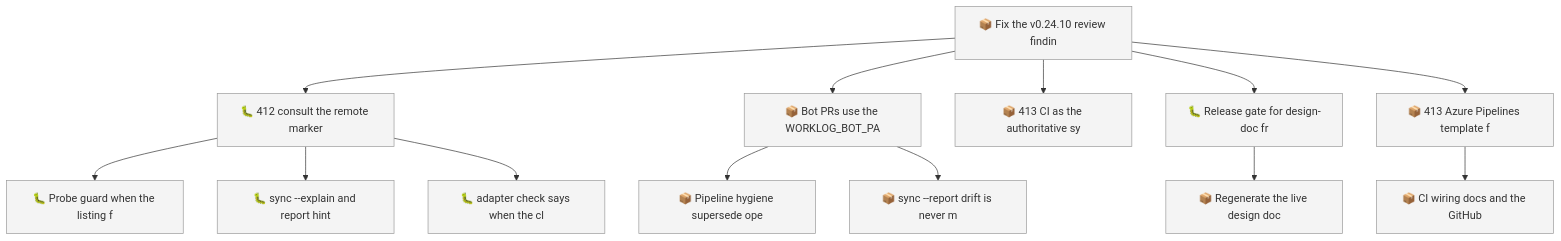
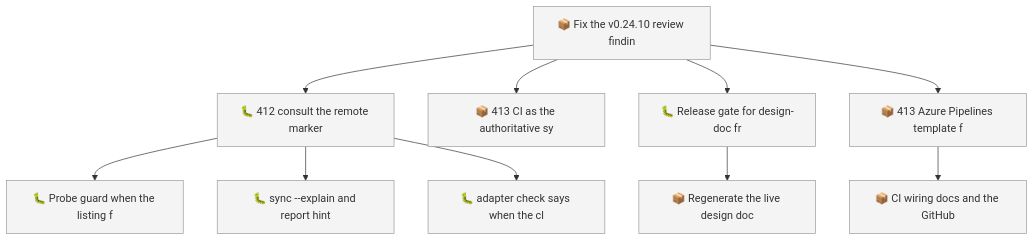
The first of 2 diagrams in docs/roadmap.md (SpillwaveSolutions/wiki_ticket_sdd), drawn with Mermaid before and after one commit. The commit also changed other lines of this file and 17 other files, not shown here.

First line of the commit message:
ci: bot PRs use the WORKLOG_BOT_PAT identity; delete the status bridge (01M2XCWMVEH3XFP2VPS9JBD6XF)

````diff
--- a/docs/roadmap.md
+++ b/docs/roadmap.md
@@ -51,30 +48,24 @@
 ```mermaid
 graph TD
     01M2XCWMV0QYM4ZRBWN1V1327B["📦 Fix the v0.24.10 review findin"]
     01M2XCWMVD7KJ01FCNEV1X8237["🐛 412 consult the remote marker"]
     01M2XCWMVEH3XFP2VPS9JBD6X7["🐛 Probe guard when the listing f"]
     01M2XCWMVEH3XFP2VPS9JBD6X9["🐛 sync --explain and report hint"]
     01M2XCWMVEH3XFP2VPS9JBD6XB["🐛 adapter check says when the cl"]
-    01M2XCWMVEH3XFP2VPS9JBD6XF["📦 Bot PRs use the WORKLOG_BOT_PA"]
-    01M2XCWMVEH3XFP2VPS9JBD6XH["📦 Pipeline hygiene supersede ope"]
-    01M2XCWMVEH3XFP2VPS9JBD6XK["📦 sync --report drift is never m"]
     01M2XCWMVEH3XFP2VPS9JBD6XN["📦 413 CI as the authoritative sy"]
     01M2XCWMVEH3XFP2VPS9JBD6XQ["🐛 Release gate for design-doc fr"]
     01M2XCWMVEH3XFP2VPS9JBD6XS["📦 Regenerate the live design doc"]
     01M2XCWMVEH3XFP2VPS9JBD6XV["📦 413 Azure Pipelines template f"]
     01M2XCWMVEH3XFP2VPS9JBD6XX["📦 CI wiring docs and the GitHub"]
     01M2XCWMV0QYM4ZRBWN1V1327B --> 01M2XCWMVD7KJ01FCNEV1X8237
     01M2XCWMVD7KJ01FCNEV1X8237 --> 01M2XCWMVEH3XFP2VPS9JBD6X7
     01M2XCWMVD7KJ01FCNEV1X8237 --> 01M2XCWMVEH3XFP2VPS9JBD6X9
     01M2XCWMVD7KJ01FCNEV1X8237 --> 01M2XCWMVEH3XFP2VPS9JBD6XB
-    01M2XCWMV0QYM4ZRBWN1V1327B --> 01M2XCWMVEH3XFP2VPS9JBD6XF
-    01M2XCWMVEH3XFP2VPS9JBD6XF --> 01M2XCWMVEH3XFP2VPS9JBD6XH
-    01M2XCWMVEH3XFP2VPS9JBD6XF --> 01M2XCWMVEH3XFP2VPS9JBD6XK
     01M2XCWMV0QYM4ZRBWN1V1327B --> 01M2XCWMVEH3XFP2VPS9JBD6XN
     01M2XCWMV0QYM4ZRBWN1V1327B --> 01M2XCWMVEH3XFP2VPS9JBD6XQ
     01M2XCWMVEH3XFP2VPS9JBD6XQ --> 01M2XCWMVEH3XFP2VPS9JBD6XS
     01M2XCWMV0QYM4ZRBWN1V1327B --> 01M2XCWMVEH3XFP2VPS9JBD6XV
     01M2XCWMVEH3XFP2VPS9JBD6XV --> 01M2XCWMVEH3XFP2VPS9JBD6XX
     classDef todo fill:#f4f4f4,stroke:#999999
-    class 01M2XCWMV0QYM4ZRBWN1V1327B,01M2XCWMVD7KJ01FCNEV1X8237,01M2XCWMVEH3XFP2VPS9JBD6X7,01M2XCWMVEH3XFP2VPS9JBD6X9,01M2XCWMVEH3XFP2VPS9JBD6XB,01M2XCWMVEH3XFP2VPS9JBD6XF,01M2XCWMVEH3XFP2VPS9JBD6XH,01M2XCWMVEH3XFP2VPS9JBD6XK,01M2XCWMVEH3XFP2VPS9JBD6XN,01M2XCWMVEH3XFP2VPS9JBD6XQ,01M2XCWMVEH3XFP2VPS9JBD6XS,01M2XCWMVEH3XFP2VPS9JBD6XV,01M2XCWMVEH3XFP2VPS9JBD6XX todo
+    class 01M2XCWMV0QYM4ZRBWN1V1327B,01M2XCWMVD7KJ01FCNEV1X8237,01M2XCWMVEH3XFP2VPS9JBD6X7,01M2XCWMVEH3XFP2VPS9JBD6X9,01M2XCWMVEH3XFP2VPS9JBD6XB,01M2XCWMVEH3XFP2VPS9JBD6XN,01M2XCWMVEH3XFP2VPS9JBD6XQ,01M2XCWMVEH3XFP2VPS9JBD6XS,01M2XCWMVEH3XFP2VPS9JBD6XV,01M2XCWMVEH3XFP2VPS9JBD6XX todo
 ```
````
